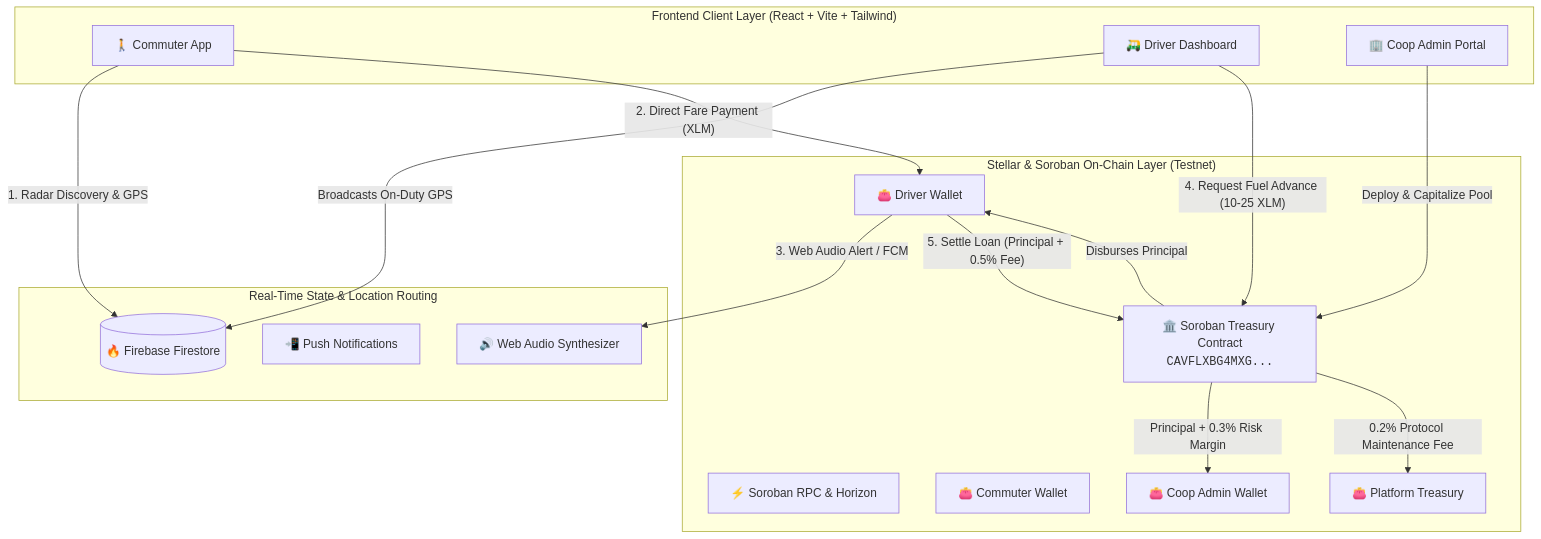
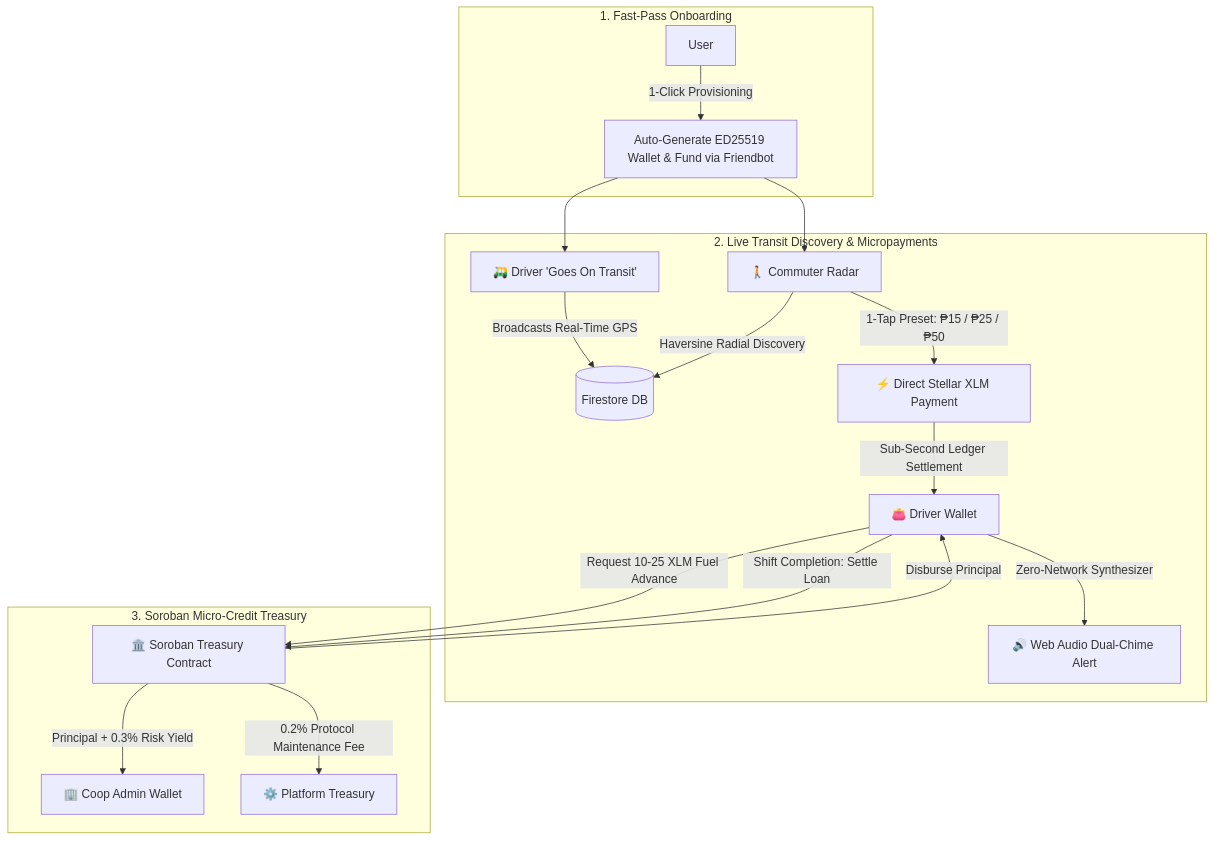
One commit to zneright/mobilis changed the first of 5 diagrams in README.md. Above: the diagram before and after it, drawn with Mermaid. The commit also changed other lines of this file and 1 other file, not shown here.

````diff
--- a/README.md
+++ b/README.md
@@ -47,35 +50,25 @@
 ```mermaid
 flowchart TB
-    subgraph "Frontend Client Layer (React + Vite + Tailwind)"
-        C[🚶 Commuter App]
-        D[🛺 Driver Dashboard]
-        A[🏢 Coop Admin Portal]
+    subgraph "1. Fast-Pass Onboarding"
+        U[User] -->|1-Click Provisioning| W[Auto-Generate ED25519 Wallet & Fund via Friendbot]
     end
 
-    subgraph "Real-Time State & Location Routing"
-        FS[(🔥 Firebase Firestore)]
-        FCM[📲 Push Notifications]
-        WA[🔊 Web Audio Synthesizer]
+    subgraph "2. Live Transit Discovery & Micropayments"
+        D[🛺 Driver 'Goes On Transit'] -->|Broadcasts Real-Time GPS| FS[(Firestore DB)]
+        C[🚶 Commuter Radar] -->|Haversine Radial Discovery| FS
+        C -->|1-Tap Preset: ₱15 / ₱25 / ₱50| S[⚡ Direct Stellar XLM Payment]
+        S -->|Sub-Second Ledger Settlement| DW[👛 Driver Wallet]
+        DW -->|Zero-Network Synthesizer| CH[🔊 Web Audio Dual-Chime Alert]
     end
 
-    subgraph "Stellar & Soroban On-Chain Layer (Testnet)"
-        RPC[⚡ Soroban RPC & Horizon]
-        ST[🏛️ Soroban Treasury Contract<br/><code>CAVFLXBG4MXG...</code>]
-        CW[👛 Commuter Wallet]
-        DW[👛 Driver Wallet]
-        AW[👛 Coop Admin Wallet]
-        PW[👛 Platform Treasury]
+    subgraph "3. Soroban Micro-Credit Treasury"
+        DW -->|Request 10-25 XLM Fuel Advance| SC[🏛️ Soroban Treasury Contract]
+        SC -->|Disburse Principal| DW
+        DW -->|Shift Completion: Settle Loan| SC
+        SC -->|Principal + 0.3% Risk Yield| AW[🏢 Coop Admin Wallet]
+        SC -->|0.2% Protocol Maintenance Fee| PW[⚙️ Platform Treasury]
     end
 
-    C -- "1. Radar Discovery & GPS" --> FS
-    D -- "Broadcasts On-Duty GPS" --> FS
-    C -- "2. Direct Fare Payment (XLM)" --> DW
-    DW -- "3. Web Audio Alert / FCM" --> WA
-    
-    A -- "Deploy & Capitalize Pool" --> ST
-    D -- "4. Request Fuel Advance (10-25 XLM)" --> ST
-    ST -- "Disburses Principal" --> DW
-    DW -- "5. Settle Loan (Principal + 0.5% Fee)" --> ST
-    ST -- "Principal + 0.3% Risk Margin" --> AW
-    ST -- "0.2% Protocol Maintenance Fee" --> PW
+    W --> D
+    W --> C
 ```
````
